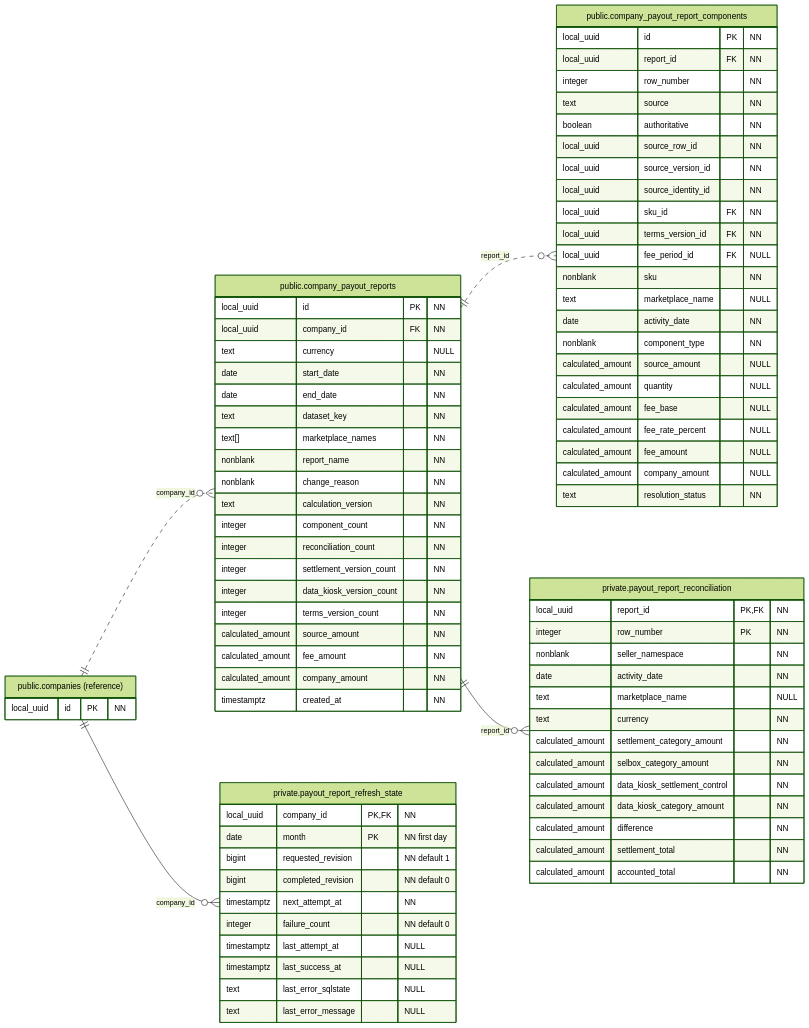
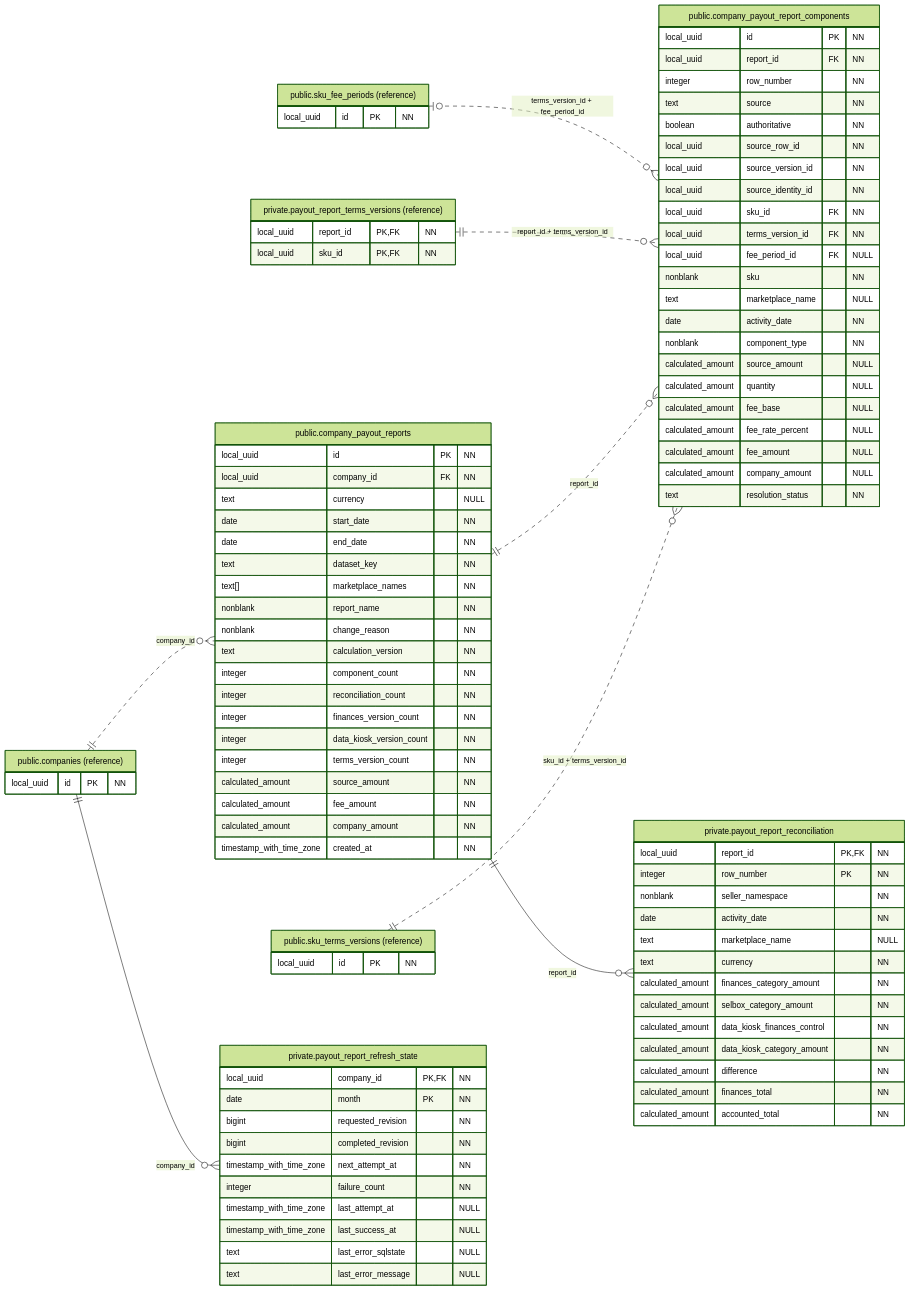
The diagram in docs/figures/database/06-payout-results.mmd (qwercxzsda/A-SelBox), drawn with Mermaid (forest theme) before and after one commit. The commit also changed 377 other files, not shown here.

```diff
--- a/docs/figures/database/06-payout-results.mmd
+++ b/docs/figures/database/06-payout-results.mmd
@@ -1,86 +1,102 @@
 erDiagram
     direction LR
     public_companies ||..o{ public_company_payout_reports : "company_id"
+    public_sku_fee_periods o|..o{ public_company_payout_report_components : "terms_version_id + fee_period_id"
+    private_payout_report_terms_versions ||..o{ public_company_payout_report_components : "report_id + terms_version_id"
+    public_company_payout_reports ||..o{ public_company_payout_report_components : "report_id"
+    public_sku_terms_versions ||..o{ public_company_payout_report_components : "sku_id + terms_version_id"
+    public_company_payout_reports ||--o{ private_payout_report_reconciliation : "report_id"
     public_companies ||--o{ private_payout_report_refresh_state : "company_id"
-    public_company_payout_reports ||..o{ public_company_payout_report_components : "report_id"
-    public_company_payout_reports ||--o{ private_payout_report_reconciliation : "report_id"
-
-    private_payout_report_refresh_state["private.payout_report_refresh_state"] {
-        local_uuid company_id PK, FK "NN"
-        date month PK "NN first day"
-        bigint requested_revision "NN default 1"
-        bigint completed_revision "NN default 0"
-        timestamptz next_attempt_at "NN"
-        integer failure_count "NN default 0"
-        timestamptz last_attempt_at "NULL"
-        timestamptz last_success_at "NULL"
-        text last_error_sqlstate "NULL"
-        text last_error_message "NULL"
-    }
 
     public_company_payout_reports["public.company_payout_reports"] {
         local_uuid id PK "NN"
         local_uuid company_id FK "NN"
         text currency "NULL"
         date start_date "NN"
         date end_date "NN"
         text dataset_key "NN"
         text[] marketplace_names "NN"
         nonblank report_name "NN"
         nonblank change_reason "NN"
         text calculation_version "NN"
         integer component_count "NN"
         integer reconciliation_count "NN"
-        integer settlement_version_count "NN"
+        integer finances_version_count "NN"
         integer data_kiosk_version_count "NN"
         integer terms_version_count "NN"
         calculated_amount source_amount "NN"
         calculated_amount fee_amount "NN"
         calculated_amount company_amount "NN"
-        timestamptz created_at "NN"
+        timestamp_with_time_zone created_at "NN"
     }
 
     public_company_payout_report_components["public.company_payout_report_components"] {
         local_uuid id PK "NN"
         local_uuid report_id FK "NN"
         integer row_number "NN"
         text source "NN"
         boolean authoritative "NN"
         local_uuid source_row_id "NN"
         local_uuid source_version_id "NN"
         local_uuid source_identity_id "NN"
         local_uuid sku_id FK "NN"
         local_uuid terms_version_id FK "NN"
         local_uuid fee_period_id FK "NULL"
         nonblank sku "NN"
         text marketplace_name "NULL"
         date activity_date "NN"
         nonblank component_type "NN"
         calculated_amount source_amount "NULL"
         calculated_amount quantity "NULL"
         calculated_amount fee_base "NULL"
         calculated_amount fee_rate_percent "NULL"
         calculated_amount fee_amount "NULL"
         calculated_amount company_amount "NULL"
         text resolution_status "NN"
     }
 
     private_payout_report_reconciliation["private.payout_report_reconciliation"] {
         local_uuid report_id PK, FK "NN"
         integer row_number PK "NN"
         nonblank seller_namespace "NN"
         date activity_date "NN"
         text marketplace_name "NULL"
         text currency "NN"
-        calculated_amount settlement_category_amount "NN"
+        calculated_amount finances_category_amount "NN"
         calculated_amount selbox_category_amount "NN"
-        calculated_amount data_kiosk_settlement_control "NN"
+        calculated_amount data_kiosk_finances_control "NN"
         calculated_amount data_kiosk_category_amount "NN"
         calculated_amount difference "NN"
-        calculated_amount settlement_total "NN"
+        calculated_amount finances_total "NN"
         calculated_amount accounted_total "NN"
+    }
+
+    private_payout_report_refresh_state["private.payout_report_refresh_state"] {
+        local_uuid company_id PK, FK "NN"
+        date month PK "NN"
+        bigint requested_revision "NN"
+        bigint completed_revision "NN"
+        timestamp_with_time_zone next_attempt_at "NN"
+        integer failure_count "NN"
+        timestamp_with_time_zone last_attempt_at "NULL"
+        timestamp_with_time_zone last_success_at "NULL"
+        text last_error_sqlstate "NULL"
+        text last_error_message "NULL"
+    }
+
+    private_payout_report_terms_versions["private.payout_report_terms_versions (reference)"] {
+        local_uuid report_id PK, FK "NN"
+        local_uuid sku_id PK, FK "NN"
     }
 
     public_companies["public.companies (reference)"] {
         local_uuid id PK "NN"
     }
+
+    public_sku_fee_periods["public.sku_fee_periods (reference)"] {
+        local_uuid id PK "NN"
+    }
+
+    public_sku_terms_versions["public.sku_terms_versions (reference)"] {
+        local_uuid id PK "NN"
+    }
```
